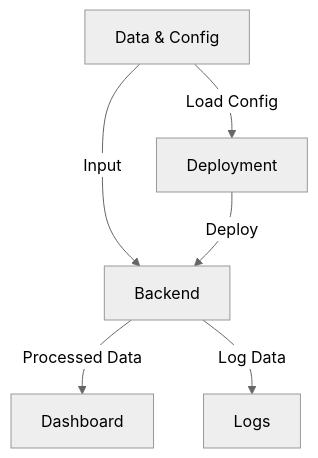
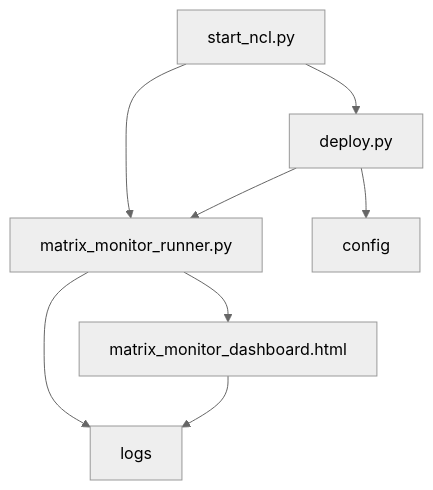
Before and after one commit to ResonanceEnergy/NCL: the diagram in repos/NCL/docs/ARCHITECTURE.md, drawn with Mermaid (neutral theme). The commit also changed other lines of this file, not shown here.

Commit message:
[OPTIMUS] architecture: NCL

````diff
--- a/repos/NCL/docs/ARCHITECTURE.md
+++ b/repos/NCL/docs/ARCHITECTURE.md
@@ -84,8 +60,10 @@
 ```mermaid
 graph TD;
-    A[Data & Config] -->|Input| B[Backend];
-    B -->|Processed Data| C[Dashboard];
-    B -->|Log Data| D[Logs];
-    A -->|Load Config| E[Deployment];
-    E -->|Deploy| B;
+    A[start_ncl.py] --> B[matrix_monitor_runner.py];
+    B --> C[matrix_monitor_dashboard.html];
+    A --> D[deploy.py];
+    D --> B;
+    B --> E[logs];
+    C --> E;
+    D --> F[config];
 ```
````
